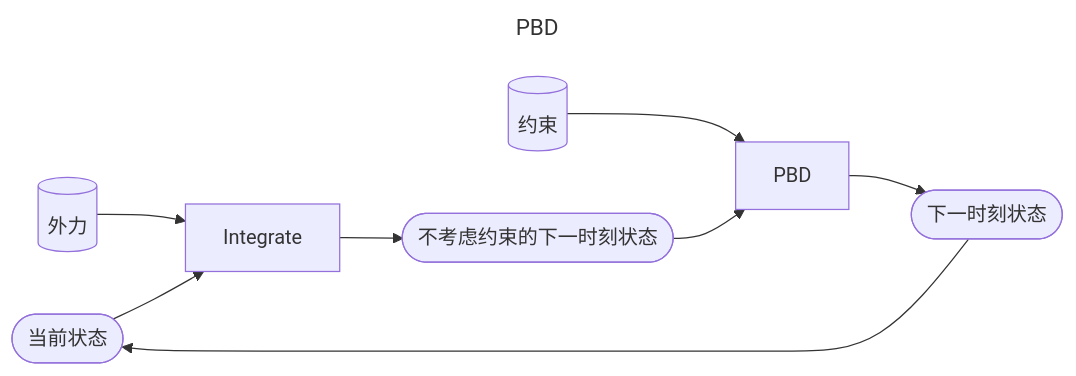
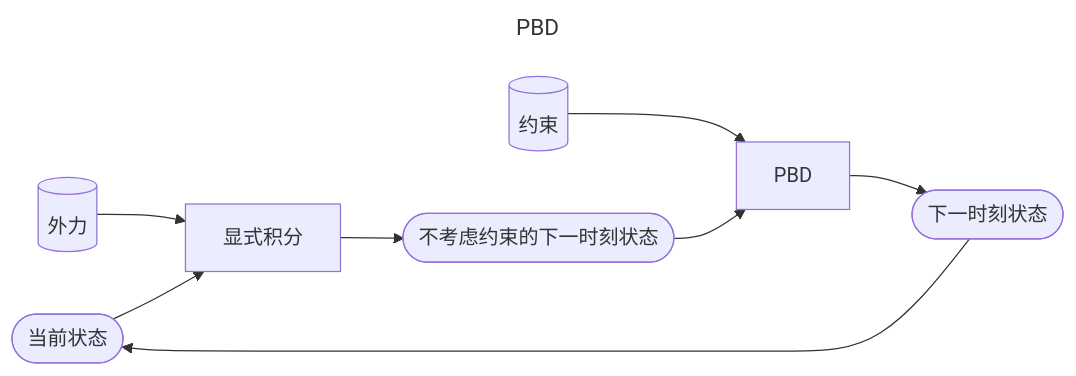
Before and after one commit to CaterpillarStudyGroup/GAMES103_mdbook: the diagram in src/Elastic/PBD.md, drawn with Mermaid. The commit also changed 2 other files, not shown here.

````diff
--- a/src/Elastic/PBD.md
+++ b/src/Elastic/PBD.md
@@ -3,14 +3,14 @@
 ```mermaid
 ---
 title: PBD
 ---
 flowchart LR
     Current(["当前状态"]) 
     Constrain[("约束")]
     Outter[("外力")]
     NextWoConstrain(["不考虑约束的下一时刻状态"]) 
     Next(["下一时刻状态"])
 
-    Outter & Current --> Integrate --> NextWoConstrain
+    Outter & Current --> 显式积分 --> NextWoConstrain
     Constrain & NextWoConstrain --> PBD --> Next --> Current
 ```
````
